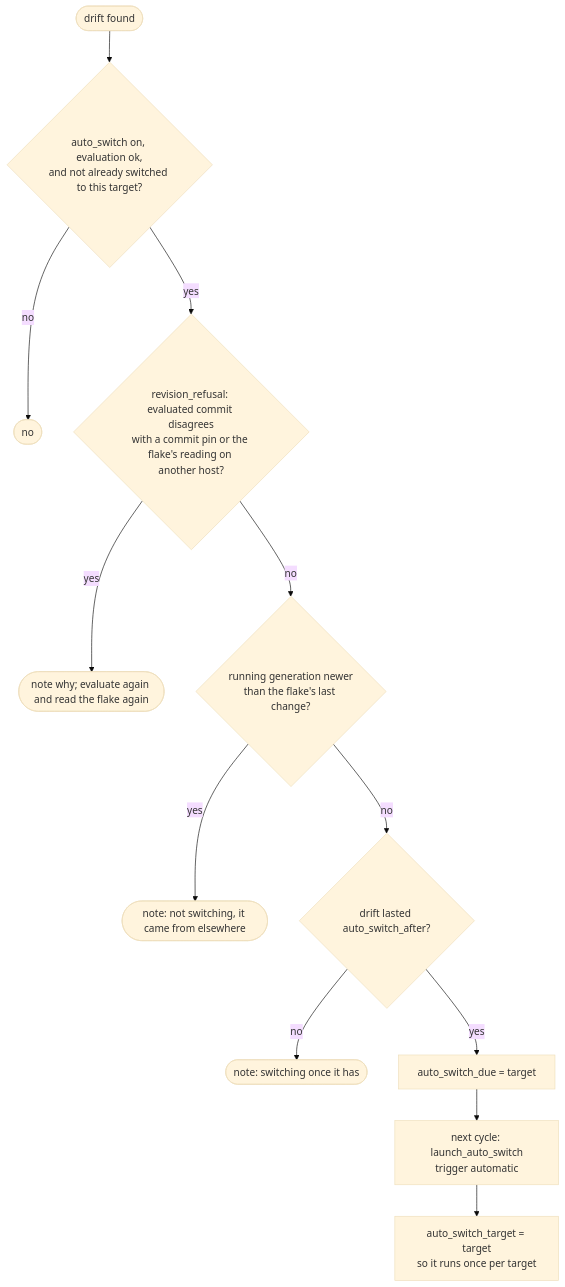
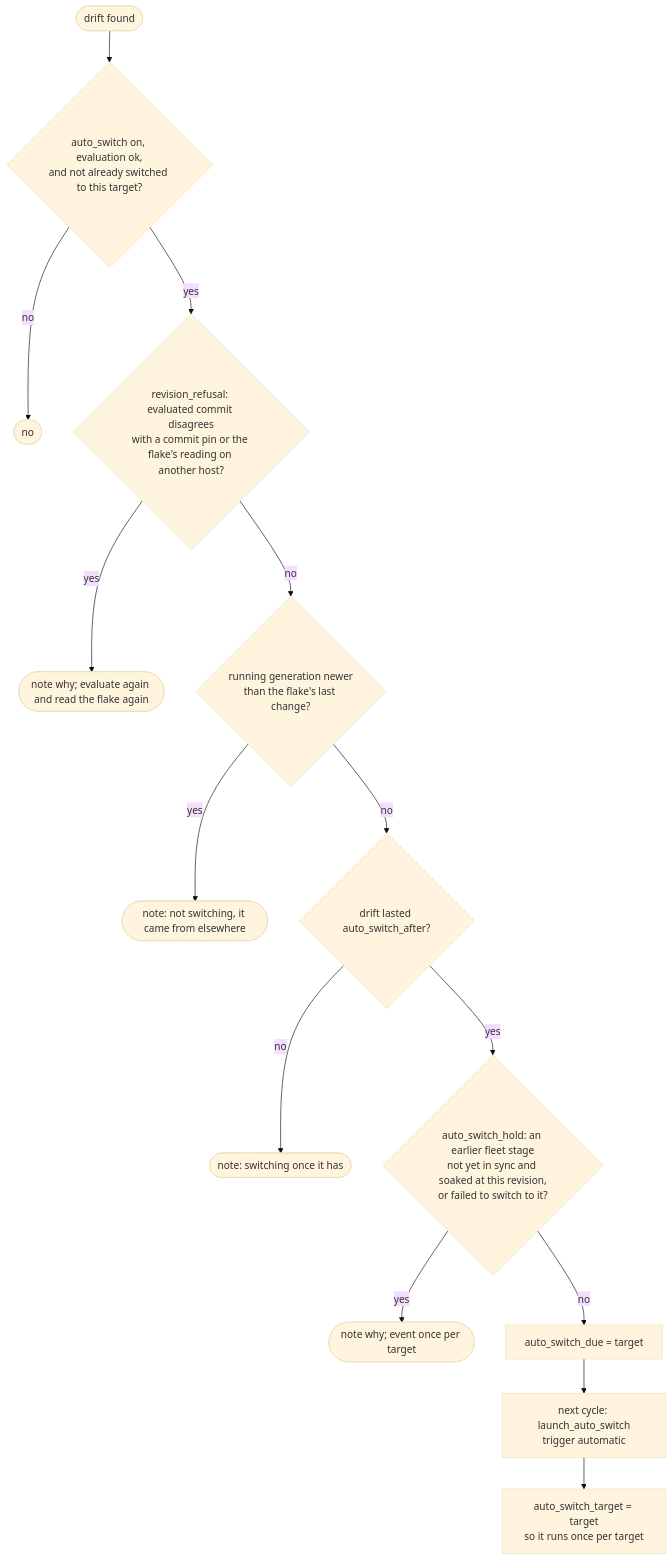
The sixth of 20 diagrams in docs/developer/flows.md (x-tech-laboratories/X-Nix), drawn with Mermaid (base theme) before and after one commit. The commit also changed other lines of this file and 11 other files, not shown here.

First line of the commit message:
feat(fleet)!: have automatic switches of a later stage wait for the earlier stages to switch and soak

````diff
--- a/docs/developer/flows.md
+++ b/docs/developer/flows.md
@@ -163,14 +163,16 @@
 ```mermaid
 flowchart TD
     drift([drift found]) --> on{auto_switch on, evaluation ok,<br/>and not already switched to this target?}
     on -- no --> stop([no])
     on -- yes --> revision{revision_refusal: evaluated commit disagrees<br/>with a commit pin or the flake's reading on another host?}
     revision -- yes --> ask([note why; evaluate again and read the flake again])
     revision -- no --> newer{running generation newer<br/>than the flake's last change?}
     newer -- yes --> refuse([note: not switching, it came from elsewhere])
     newer -- no --> long{drift lasted auto_switch_after?}
     long -- no --> wait([note: switching once it has])
-    long -- yes --> due[auto_switch_due = target]
+    long -- yes --> staged{auto_switch_hold: an earlier fleet stage<br/>not yet in sync and soaked at this revision,<br/>or failed to switch to it?}
+    staged -- yes --> held([note why; event once per target])
+    staged -- no --> due[auto_switch_due = target]
     due --> next[next cycle: launch_auto_switch<br/>trigger automatic]
     next --> mark[auto_switch_target = target<br/>so it runs once per target]
 ```
````
